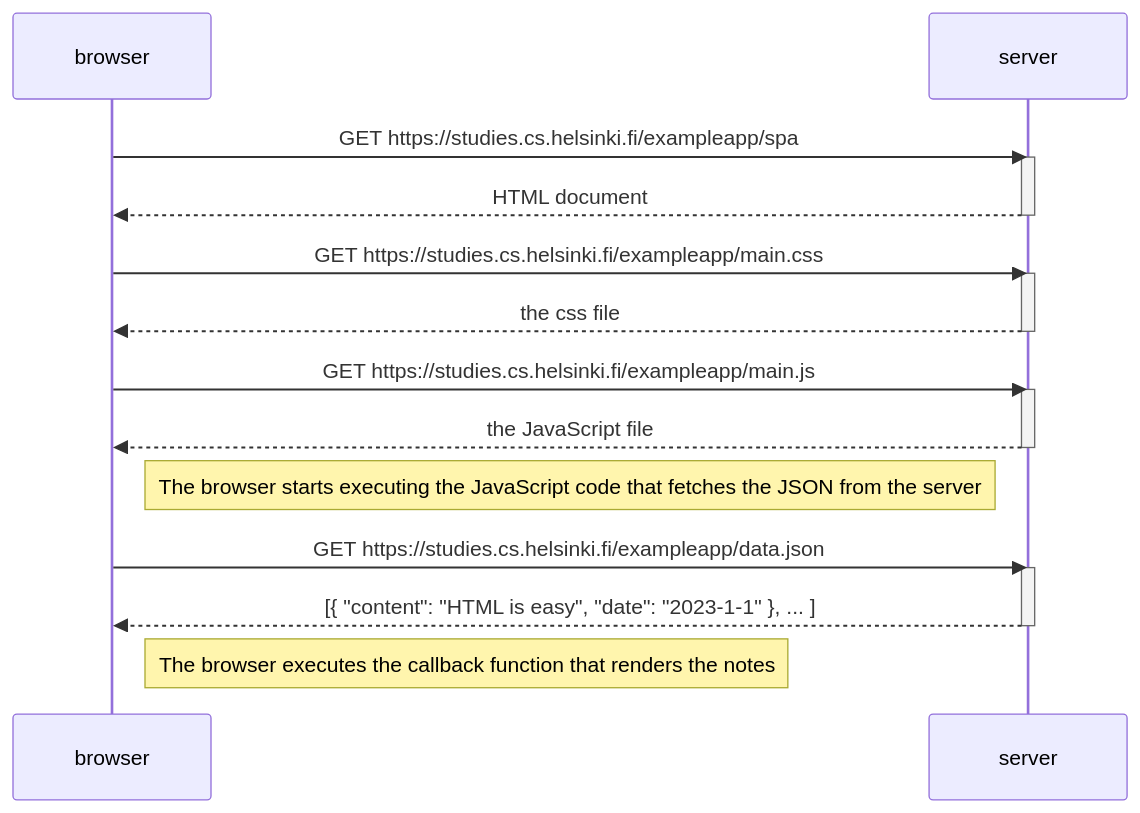
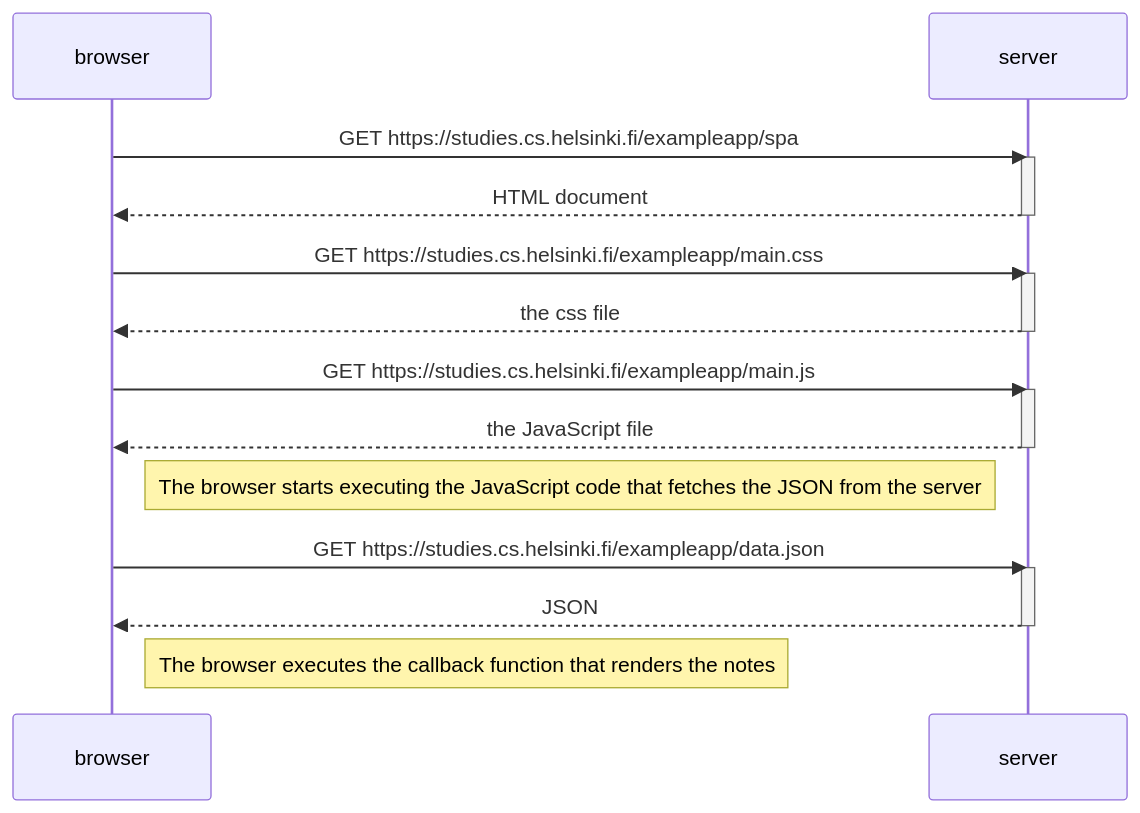
The diagram in part0/spa_diagram.md (frankli-n/full-stack-open-university-of-helsinki), drawn with Mermaid before and after one commit.

````diff
--- a/part0/spa_diagram.md
+++ b/part0/spa_diagram.md
@@ -1,30 +1,30 @@
 ```mermaid
 
 sequenceDiagram
     participant browser
     participant server
 
 
     browser->>server: GET https://studies.cs.helsinki.fi/exampleapp/spa
     activate server
     server-->>browser: HTML document
     deactivate server
     browser->>server: GET https://studies.cs.helsinki.fi/exampleapp/main.css
     activate server
     server-->>browser: the css file
     deactivate server
 
     browser->>server: GET https://studies.cs.helsinki.fi/exampleapp/main.js
     activate server
     server-->>browser: the JavaScript file
     deactivate server
 
     Note right of browser: The browser starts executing the JavaScript code that fetches the JSON from the server
 
     browser->>server: GET https://studies.cs.helsinki.fi/exampleapp/data.json
     activate server
-    server-->>browser: [{ "content": "HTML is easy", "date": "2023-1-1" }, ... ]
+    server-->>browser: JSON
     deactivate server
 
     Note right of browser: The browser executes the callback function that renders the notes
 ```
````
